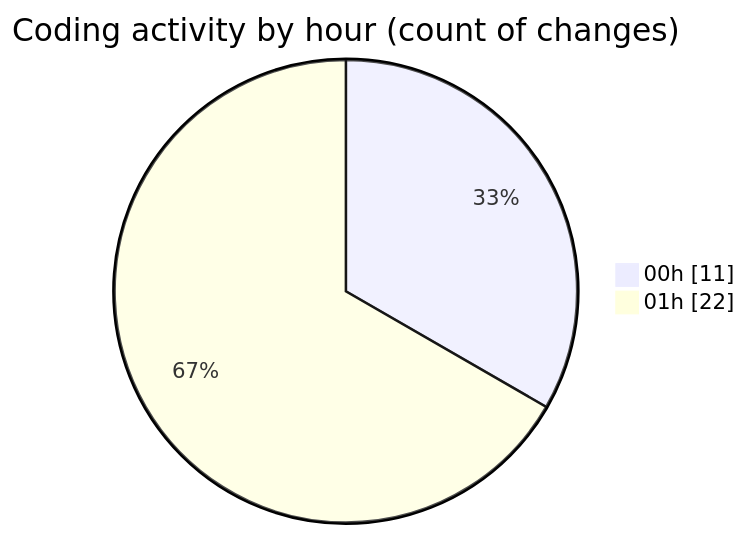
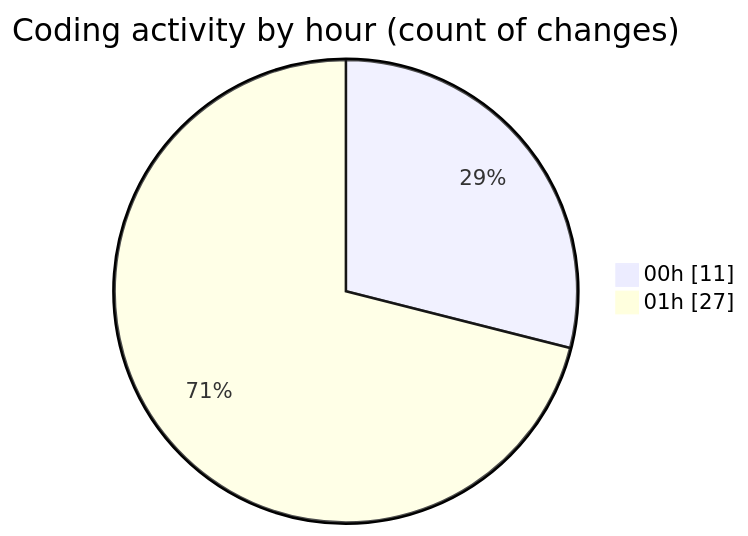
One commit to 3Nya3/code-tracking changed the second of 2 diagrams in 2025-01-02/mods/README.md. Above: the diagram before and after it, drawn with Mermaid. The commit also changed other lines of this file and 1 other file, not shown here.

````diff
--- a/2025-01-02/mods/README.md
+++ b/2025-01-02/mods/README.md
@@ -29,6 +29,6 @@
 ```mermaid
 pie showData
 title Coding activity by hour (count of changes)
 "00h" : 11
-"01h" : 22
+"01h" : 27
 ```
````
